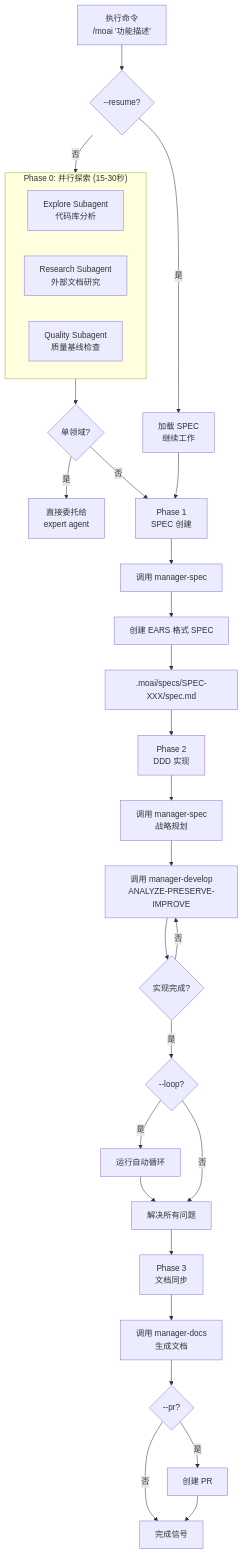
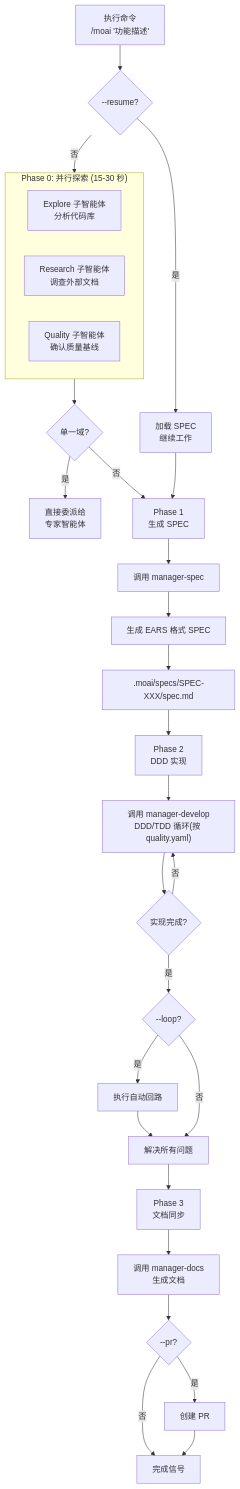
The diagram in docs-site/content/zh/utility-commands/moai.md (modu-ai/moai-adk), drawn with Mermaid before and after one commit. The commit also changed other lines of this file and 395 other files, not shown here.

````diff
--- a/docs-site/content/zh/utility-commands/moai.md
+++ b/docs-site/content/zh/utility-commands/moai.md
@@ -152,41 +119,40 @@
 ```mermaid
 flowchart TD
     A["执行命令<br/>/moai '功能描述'"] --> B{--resume?}
     B -->|是| C["加载 SPEC<br/>继续工作"]
     B -->|否| D["Phase 0<br/>并行探索"]
 
-    subgraph D["Phase 0: 并行探索 (15-30秒)"]
-        D1["Explore Subagent<br/>代码库分析"]
-        D2["Research Subagent<br/>外部文档研究"]
-        D3["Quality Subagent<br/>质量基线检查"]
+    subgraph D["Phase 0: 并行探索 (15-30 秒)"]
+        D1["Explore 子智能体<br/>分析代码库"]
+        D2["Research 子智能体<br/>调查外部文档"]
+        D3["Quality 子智能体<br/>确认质量基线"]
     end
 
-    D --> E{"单领域?"}
-    E -->|是| F["直接委托给<br/>expert agent"]
+    D --> E{"单一域?"}
+    E -->|是| F["直接委派给<br/>专家智能体"]
     E -->|否| G["继续 Phase 1"]
 
-    C --> G["Phase 1<br/>SPEC 创建"]
+    C --> G["Phase 1<br/>生成 SPEC"]
     G --> H["调用 manager-spec"]
-    H --> I["创建 EARS 格式 SPEC"]
+    H --> I["生成 EARS 格式 SPEC"]
     I --> J[".moai/specs/SPEC-XXX/spec.md"]
 
     J --> K["Phase 2<br/>DDD 实现"]
 
-    K --> L["调用 manager-spec<br/>战略规划"]
-    L --> M["调用 manager-develop<br/>ANALYZE-PRESERVE-IMPROVE"]
-    M --> N{"实现完成?"}
-    N -->|否| M
-    N -->|是| O{"--loop?"}
+    K --> L["调用 manager-develop<br/>DDD/TDD 循环(按 quality.yaml)"]
+    L --> M{"实现完成?"}
+    M -->|否| L
+    M -->|是| N{"--loop?"}
 
-    O -->|是| P["运行自动循环"]
-    P --> Q["解决所有问题"]
-    O -->|否| Q
+    N -->|是| O["执行自动回路"]
+    O --> P["解决所有问题"]
+    N -->|否| P
 
-    Q --> R["Phase 3<br/>文档同步"]
+    P --> Q["Phase 3<br/>文档同步"]
 
-    R --> S["调用 manager-docs<br/>生成文档"]
-    S --> T{"--pr?"}
-    T -->|是| U["创建 PR"]
-    T -->|否| V["完成信号"]
-    U --> V
+    Q --> R["调用 manager-docs<br/>生成文档"]
+    R --> S{"--pr?"}
+    S -->|是| T["创建 PR"]
+    S -->|否| U["完成信号"]
+    T --> U
 ```
````
